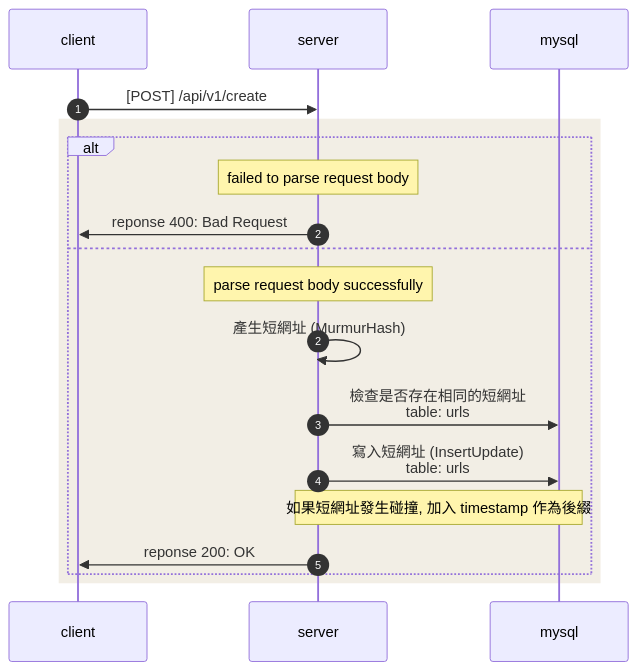
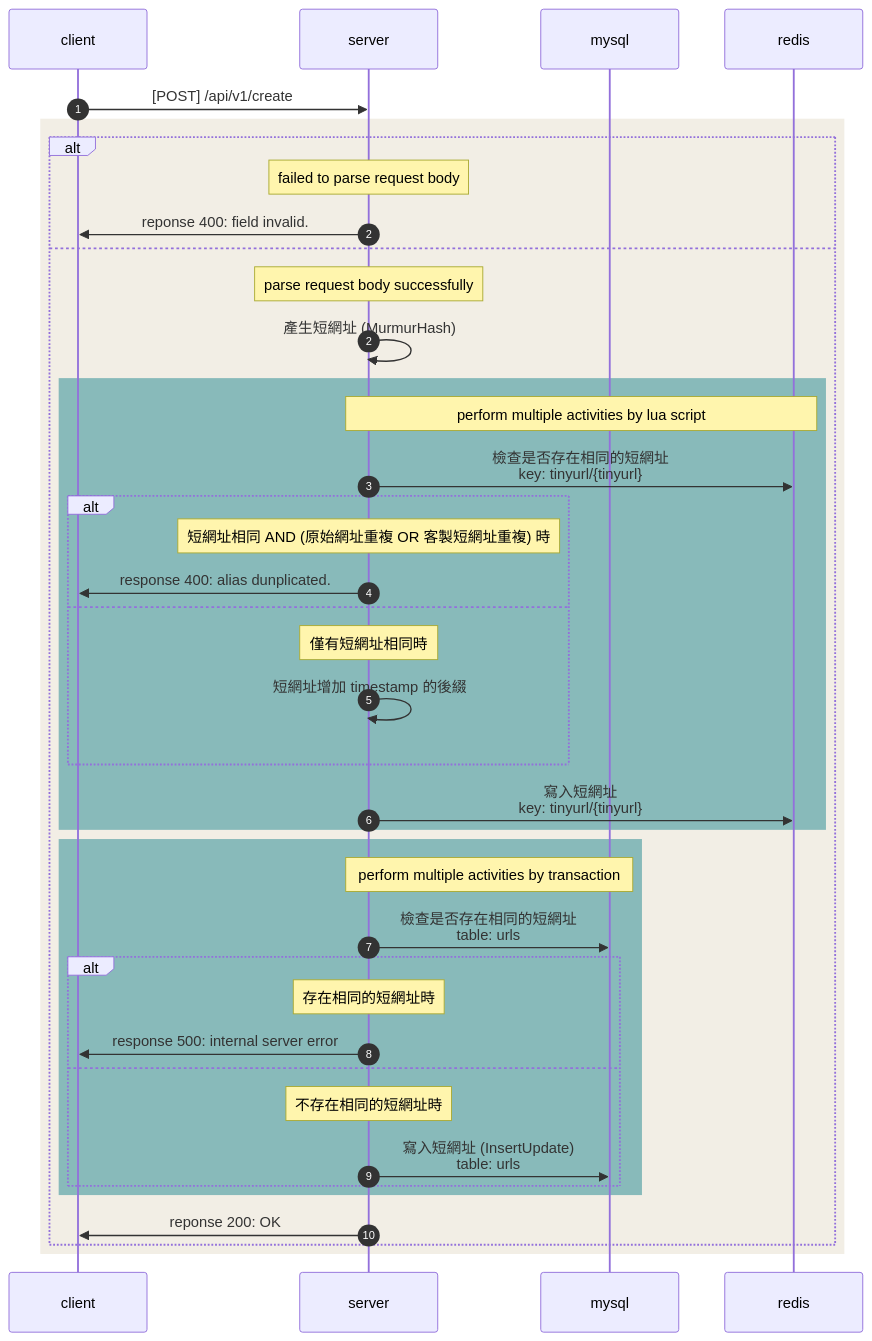
Before and after one commit to JianLiu666/TinyURL: the diagram in doc/api/v1/create.md, drawn with Mermaid.

````diff
--- a/doc/api/v1/create.md
+++ b/doc/api/v1/create.md
@@ -31,26 +31,47 @@
 ```mermaid
 sequenceDiagram
     participant client
     participant server
     participant mysql
+    participant redis
     
     autonumber 1
     client ->> server: [POST] /api/v1/create
     
     rect rgb(242, 238, 229)
-    alt
-        Note over server: failed to parse request body
-        server ->> client: reponse 400: Bad Request
-    else
-        autonumber 2
-        Note over server : parse request body successfully
-        server ->> server : 產生短網址 (MurmurHash)
-        
-        server ->> mysql : 檢查是否存在相同的短網址<br>table: urls
-        server ->> mysql : 寫入短網址 (InsertUpdate)<br>table: urls
-        Note over server, mysql : 如果短網址發生碰撞, 加入 timestamp 作為後綴
-        
-        server ->> client: reponse 200: OK
-    end
+        alt
+            Note over server: failed to parse request body
+            server ->> client: reponse 400: field invalid.
+        else
+            autonumber 2
+            Note over server : parse request body successfully
+            server ->> server : 產生短網址 (MurmurHash)
+            
+            rect rgb(136,186,186)
+                Note over server, redis: perform multiple activities by lua script
+                server ->> redis : 檢查是否存在相同的短網址<br>key: tinyurl/{tinyurl}
+                alt
+                    Note over server: 短網址相同 AND (原始網址重複 OR 客製短網址重複) 時
+                    server ->> client : response 400: alias dunplicated.
+                else
+                    Note over server: 僅有短網址相同時
+                    server ->> server : 短網址增加 timestamp 的後綴
+                end
+                server ->> redis : 寫入短網址<br>key: tinyurl/{tinyurl}
+            end
+            
+            rect rgb(136,186,186)
+                Note over server, mysql: perform multiple activities by transaction 
+                server ->> mysql : 檢查是否存在相同的短網址<br>table: urls
+                alt
+                    Note over server: 存在相同的短網址時
+                    server ->> client : response 500: internal server error 
+                else
+                    Note over server: 不存在相同的短網址時
+                    server ->> mysql : 寫入短網址 (InsertUpdate)<br>table: urls
+                end
+            end
+            server ->> client: reponse 200: OK
+        end
     end
 ```
````
